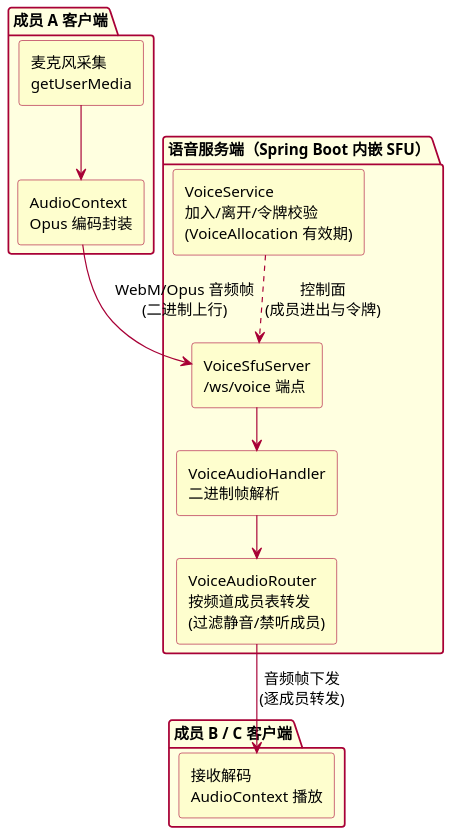
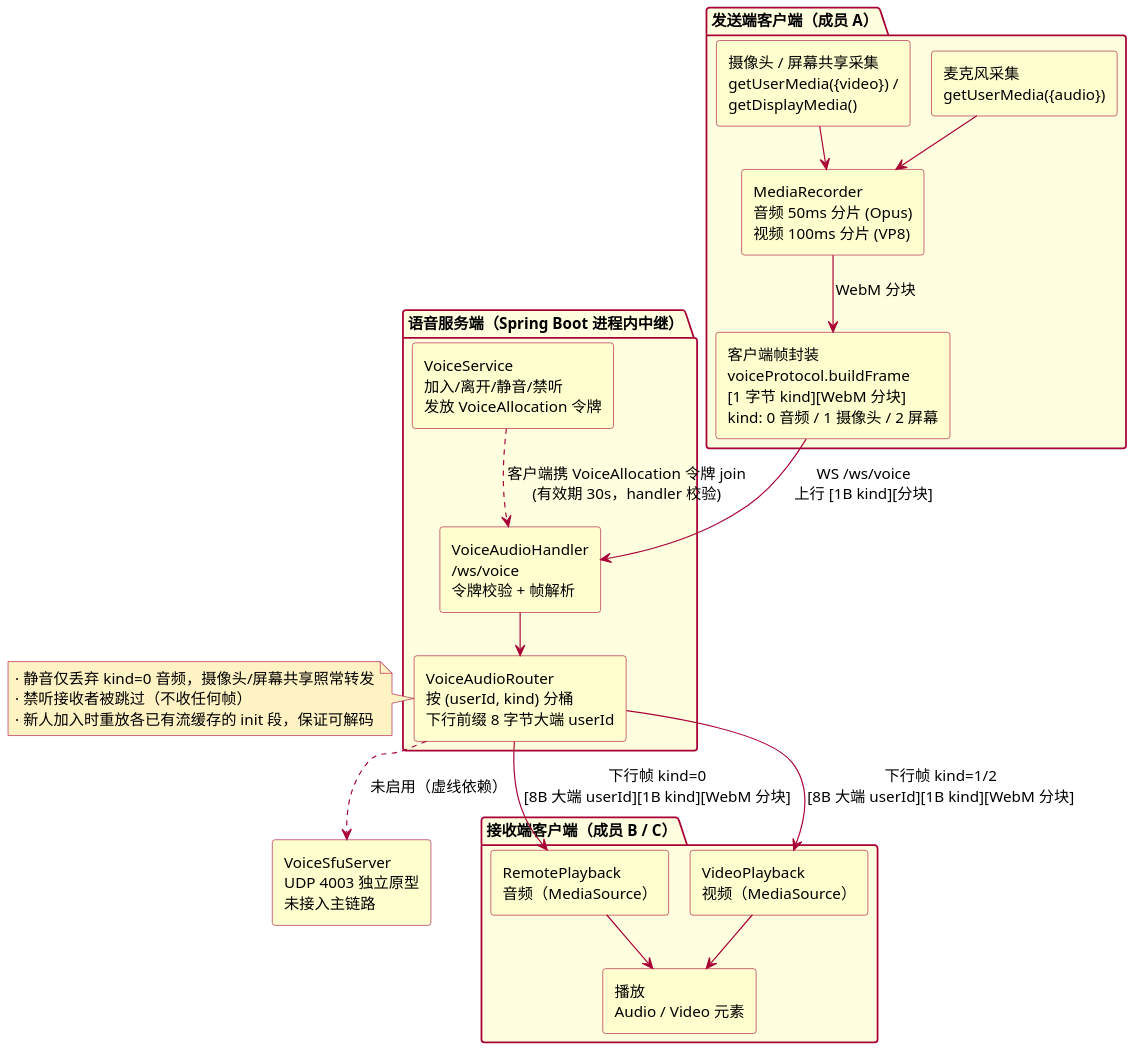
Before and after one commit to Siegfried-Crowley/Chorus: the diagram in docs/figures/fig4-5-voice-relay.puml, drawn with PlantUML. The commit also changed 25 other files, not shown here.

```diff
--- a/docs/figures/fig4-5-voice-relay.puml
+++ b/docs/figures/fig4-5-voice-relay.puml
@@ -1,45 +1,67 @@
 @startuml fig4-5-voice-relay
 !pragma layout smetana
 skinparam backgroundColor #FFFFFF
 skinparam defaultFontName "Microsoft YaHei"
 skinparam defaultFontSize 13
 skinparam shadowing false
 skinparam dpi 150
 skinparam ArrowColor #A80036
 skinparam component {
   BackgroundColor #FEFECE
   BorderColor #A80036
   FontColor #000000
 }
 skinparam componentStyle rectangle
 skinparam package {
   BackgroundColor #FFFFE0
   BorderColor #A80036
   FontColor #000000
 }
 skinparam queue {
   BackgroundColor #FEFECE
   BorderColor #A80036
 }
-
-package "成员 A 客户端" {
-  component "麦克风采集\ngetUserMedia" as mic
-  component "AudioContext\nOpus 编码封装" as enc
-}
-package "语音服务端（Spring Boot 内嵌 SFU）" {
-  component "VoiceSfuServer\n/ws/voice 端点" as sfu
-  component "VoiceAudioHandler\n二进制帧解析" as handler
-  component "VoiceAudioRouter\n按频道成员表转发\n(过滤静音/禁听成员)" as router
-  component "VoiceService\n加入/离开/令牌校验\n(VoiceAllocation 有效期)" as voiceSvc
-}
-package "成员 B / C 客户端" {
-  component "接收解码\nAudioContext 播放" as dec
+skinparam note {
+  BackgroundColor #FFF3C4
+  BorderColor #A80036
 }
 
-mic --> enc
-enc --> sfu : WebM/Opus 音频帧\n(二进制上行)
-sfu --> handler
+package "发送端客户端（成员 A）" {
+  component "麦克风采集\ngetUserMedia({audio})" as mic
+  component "摄像头 / 屏幕共享采集\ngetUserMedia({video}) /\ngetDisplayMedia()" as cam
+  component "MediaRecorder\n音频 50ms 分片 (Opus)\n视频 100ms 分片 (VP8)" as rec
+  component "客户端帧封装\nvoiceProtocol.buildFrame\n[1 字节 kind][WebM 分块]\nkind: 0 音频 / 1 摄像头 / 2 屏幕" as frame
+}
+
+package "语音服务端（Spring Boot 进程内中继）" {
+  component "VoiceAudioHandler\n/ws/voice\n令牌校验 + 帧解析" as handler
+  component "VoiceAudioRouter\n按 (userId, kind) 分桶\n下行前缀 8 字节大端 userId" as router
+  component "VoiceService\n加入/离开/静音/禁听\n发放 VoiceAllocation 令牌" as voiceSvc
+}
+
+package "接收端客户端（成员 B / C）" {
+  component "RemotePlayback\n音频（MediaSource）" as remote
+  component "VideoPlayback\n视频（MediaSource）" as video
+  component "播放\nAudio / Video 元素" as play
+}
+
+mic --> rec
+cam --> rec
+rec --> frame : WebM 分块
+frame --> handler : WS /ws/voice\n上行 [1B kind][分块]
 handler --> router
-router --> dec : 音频帧下发\n(逐成员转发)
-voiceSvc ..> sfu : 控制面\n(成员进出与令牌)
+router --> remote : 下行帧 kind=0\n[8B 大端 userId][1B kind][WebM 分块]
+router --> video : 下行帧 kind=1/2\n[8B 大端 userId][1B kind][WebM 分块]
+remote --> play
+video --> play
+voiceSvc ..> handler : 客户端携 VoiceAllocation 令牌 join\n(有效期 30s，handler 校验)
+
+note right of router
+  · 静音仅丢弃 kind=0 音频，摄像头/屏幕共享照常转发
+  · 禁听接收者被跳过（不收任何帧）
+  · 新人加入时重放各已有流缓存的 init 段，保证可解码
+end note
+
+component "VoiceSfuServer\nUDP 4003 独立原型\n未接入主链路" as sfu
+router ..> sfu : 未启用（虚线依赖）
 @enduml
```
